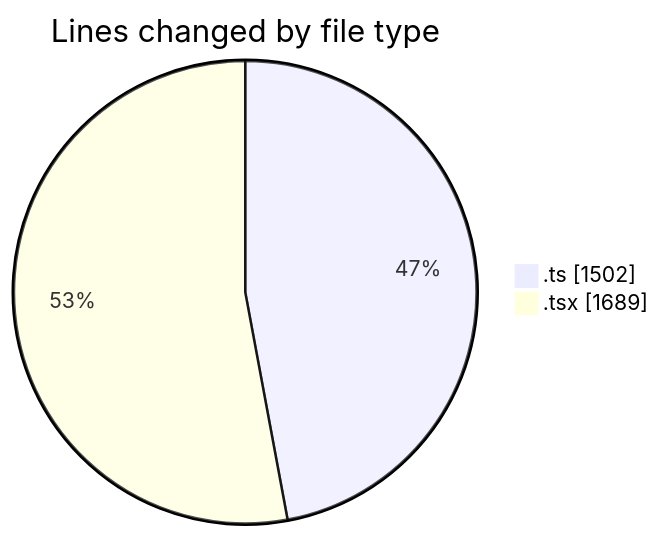
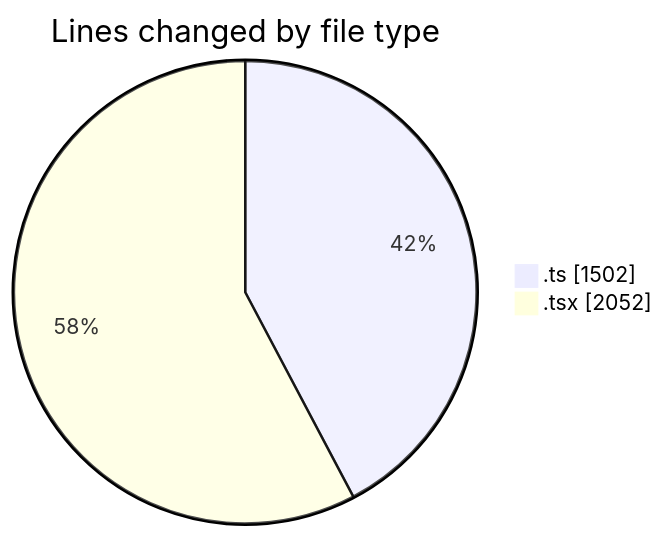
The first of 2 diagrams in 2026-03-04/nxtqube_webapp/README.md (nxtqubesakshisongat/code-tracking), drawn with Mermaid before and after one commit. The commit also changed other lines of this file and 1 other file, not shown here.

````diff
--- a/2026-03-04/nxtqube_webapp/README.md
+++ b/2026-03-04/nxtqube_webapp/README.md
@@ -25,6 +26,6 @@
 ```mermaid
 pie showData
 title Lines changed by file type
 ".ts" : 1502
-".tsx" : 1689
+".tsx" : 2052
 ```
````
